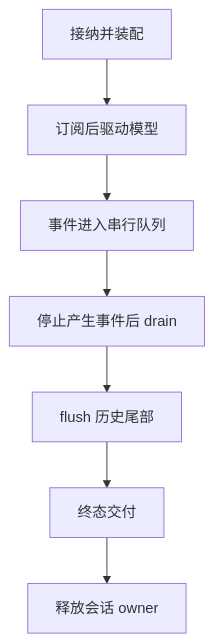
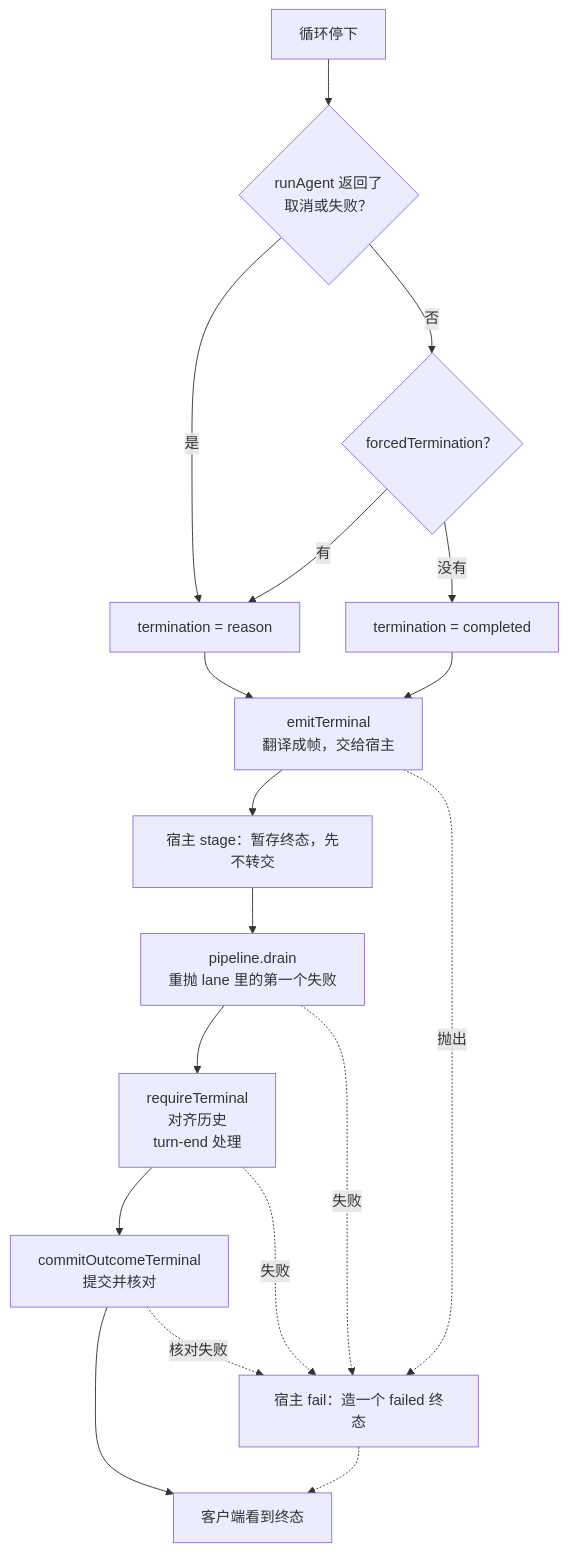
Before and after one commit to Jialei-03/learn-minimax-code: the second of 2 diagrams in course/02-turn.md, drawn with Mermaid. The commit also changed other lines of this file and 165 other files, not shown here.

````diff
--- a/course/02-turn.md
+++ b/course/02-turn.md
@@ -33,9 +248,20 @@
 ```mermaid
 flowchart TD
-  A[接纳并装配] --> S[订阅后驱动模型]
-  S --> Q[事件进入串行队列]
-  Q --> D[停止产生事件后 drain]
-  D --> H[flush 历史尾部]
-  H --> T[终态交付]
-  T --> R[释放会话 owner]
+  A[循环停下] --> B{runAgent 返回了<br/>取消或失败？}
+  B -- 是 --> T[termination = reason]
+  B -- 否 --> C{forcedTermination？}
+  C -- 有 --> T
+  C -- 没有 --> D[termination = completed]
+  T --> E
+  D --> E[emitTerminal<br/>翻译成帧，交给宿主]
+  E --> F[宿主 stage：暂存终态，先不转交]
+  F --> G[pipeline.drain<br/>重抛 lane 里的第一个失败]
+  G --> H[requireTerminal<br/>对齐历史<br/>turn-end 处理]
+  H --> I[commitOutcomeTerminal<br/>提交并核对]
+  I --> J[客户端看到终态]
+  E -.抛出.-> X[宿主 fail：造一个 failed 终态]
+  G -.失败.-> X
+  H -.失败.-> X
+  I -.核对失败.-> X
+  X -.-> J
 ```
````
